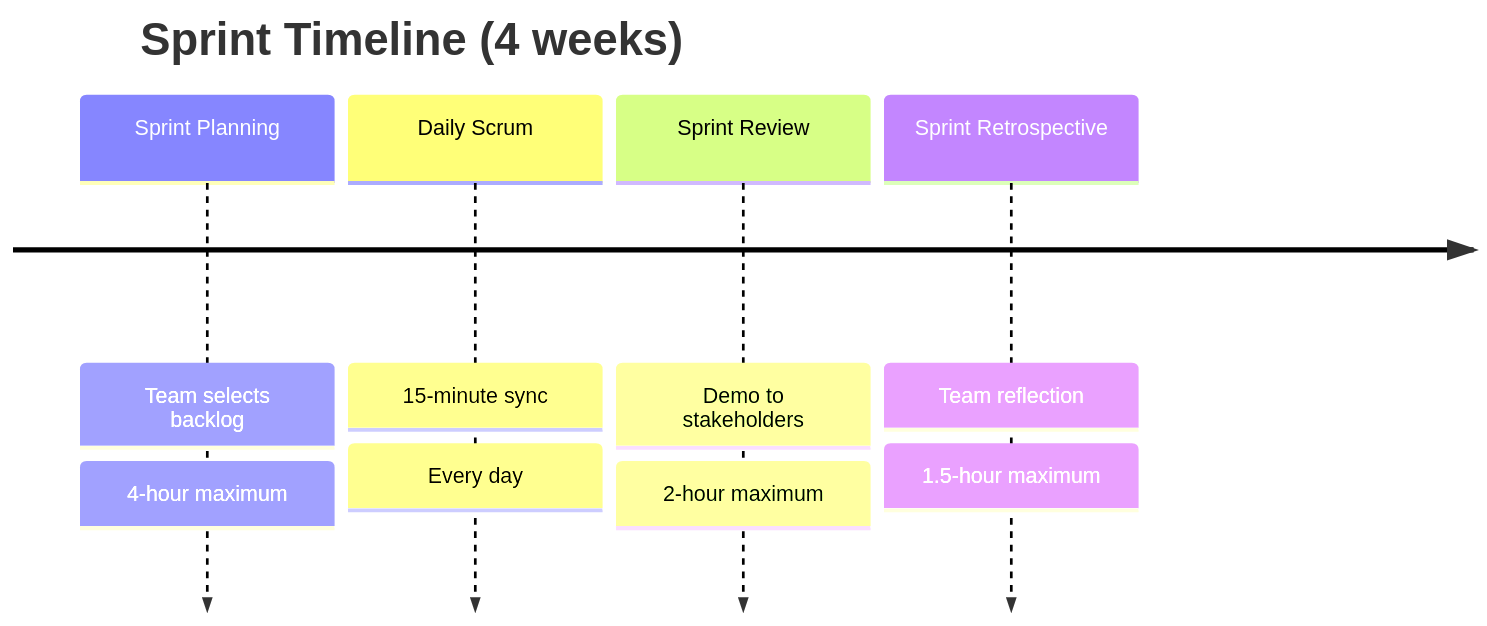
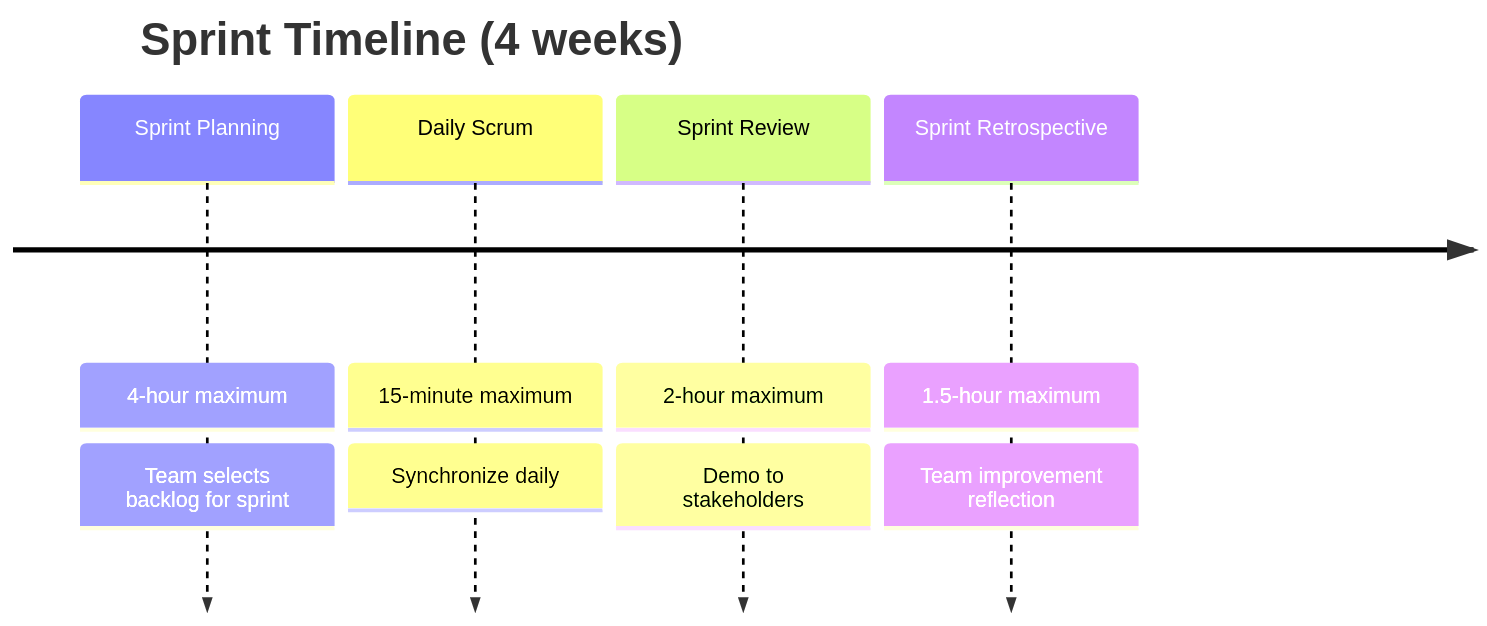
Before and after one commit to Raushan666java/ai-engineering-journey: the third of 8 diagrams in docs/courses/software-engineering/11-agile-methodologies.md, drawn with Mermaid. The commit also changed other lines of this file and 15 other files, not shown here.

Commit message:
deploy: software-engineering overhaul - 16 chapters expanded to avg 1284L (+7649L), richer Mermaid, more TS, deeper content

````diff
--- a/docs/courses/software-engineering/11-agile-methodologies.md
+++ b/docs/courses/software-engineering/11-agile-methodologies.md
@@ -97,8 +104,8 @@
 ```mermaid
 timeline
     title Sprint Timeline (4 weeks)
-    Sprint Planning : Team selects backlog : 4-hour maximum
-    Daily Scrum : 15-minute sync : Every day
-    Sprint Review : Demo to stakeholders : 2-hour maximum
-    Sprint Retrospective : Team reflection : 1.5-hour maximum
+    Sprint Planning : 4-hour maximum : Team selects backlog for sprint
+    Daily Scrum : 15-minute maximum : Synchronize daily
+    Sprint Review : 2-hour maximum : Demo to stakeholders
+    Sprint Retrospective : 1.5-hour maximum : Team improvement reflection
 ```
````
